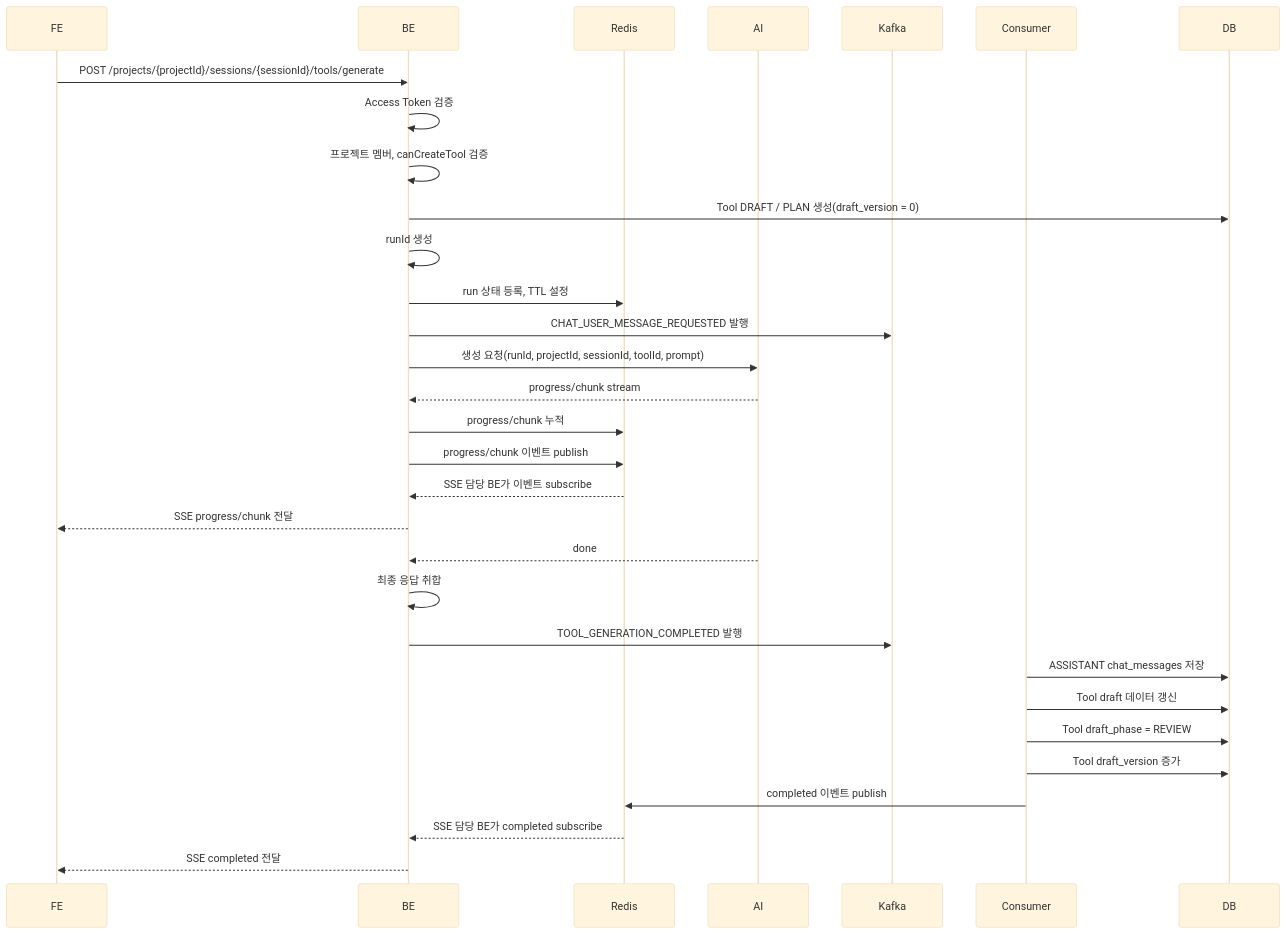
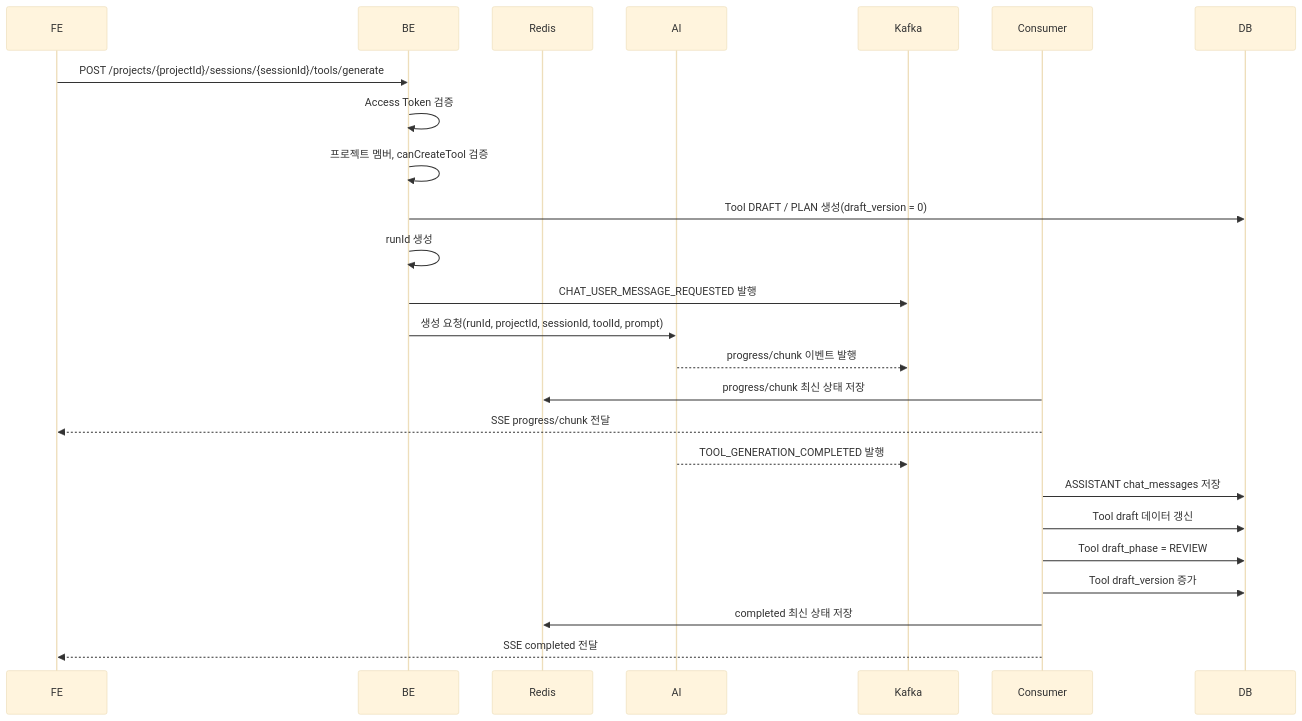
One commit to 5starss/theseus changed the diagram in docs/architecture/tool-execution-flow.md. Above: the diagram before and after it, drawn with Mermaid (base theme). The commit also changed other lines of this file and 16 other files, not shown here.

Commit message:
S14P31A308-199 [feat]: Tool 생성 진행 SSE 스트림 구현

````diff
--- a/docs/architecture/tool-execution-flow.md
+++ b/docs/architecture/tool-execution-flow.md
@@ -108,36 +109,30 @@
 ```mermaid
 sequenceDiagram
     participant FE
     participant BE
     participant Redis
     participant AI
     participant Kafka
     participant Consumer
     participant DB
 
     FE->>BE: POST /projects/{projectId}/sessions/{sessionId}/tools/generate
     BE->>BE: Access Token 검증
     BE->>BE: 프로젝트 멤버, canCreateTool 검증
     BE->>DB: Tool DRAFT / PLAN 생성(draft_version = 0)
     BE->>BE: runId 생성
-    BE->>Redis: run 상태 등록, TTL 설정
     BE->>Kafka: CHAT_USER_MESSAGE_REQUESTED 발행
     BE->>AI: 생성 요청(runId, projectId, sessionId, toolId, prompt)
 
-    AI-->>BE: progress/chunk stream
-    BE->>Redis: progress/chunk 누적
-    BE->>Redis: progress/chunk 이벤트 publish
-    Redis-->>BE: SSE 담당 BE가 이벤트 subscribe
-    BE-->>FE: SSE progress/chunk 전달
+    AI-->>Kafka: progress/chunk 이벤트 발행
+    Consumer->>Redis: progress/chunk 최신 상태 저장
+    Consumer-->>FE: SSE progress/chunk 전달
 
-    AI-->>BE: done
-    BE->>BE: 최종 응답 취합
-    BE->>Kafka: TOOL_GENERATION_COMPLETED 발행
+    AI-->>Kafka: TOOL_GENERATION_COMPLETED 발행
     Consumer->>DB: ASSISTANT chat_messages 저장
     Consumer->>DB: Tool draft 데이터 갱신
     Consumer->>DB: Tool draft_phase = REVIEW
     Consumer->>DB: Tool draft_version 증가
-    Consumer->>Redis: completed 이벤트 publish
-    Redis-->>BE: SSE 담당 BE가 completed subscribe
-    BE-->>FE: SSE completed 전달
+    Consumer->>Redis: completed 최신 상태 저장
+    Consumer-->>FE: SSE completed 전달
 ```
````
